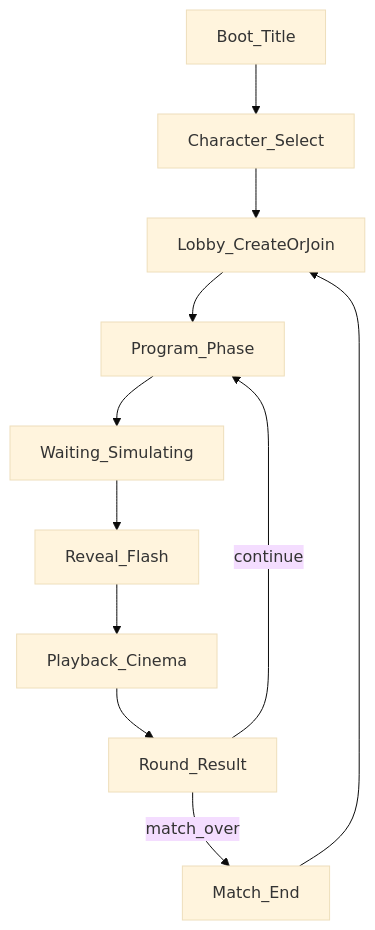
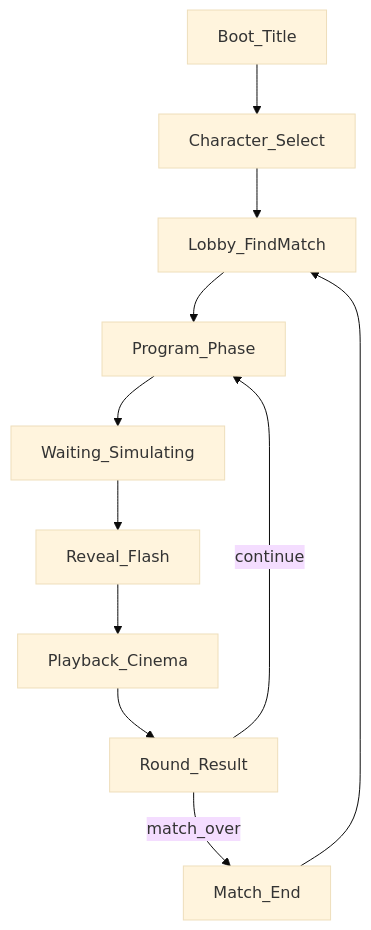
Before and after one commit to XinYe12/logiCard: the diagram in docs/UI_FLOW.md, drawn with Mermaid (base theme). The commit also changed other lines of this file and 5 other files, not shown here.

````diff
--- a/docs/UI_FLOW.md
+++ b/docs/UI_FLOW.md
@@ -14,14 +14,14 @@
 ```mermaid
 flowchart TD
   boot[Boot_Title]
   boot --> charSelect[Character_Select]
-  charSelect --> lobby[Lobby_CreateOrJoin]
+  charSelect --> lobby[Lobby_FindMatch]
   lobby --> program[Program_Phase]
   program --> waiting[Waiting_Simulating]
   waiting --> reveal[Reveal_Flash]
   reveal --> playback[Playback_Cinema]
   playback --> result[Round_Result]
   result -->|continue| program
   result -->|match_over| endScreen[Match_End]
   endScreen --> lobby
 ```
````
